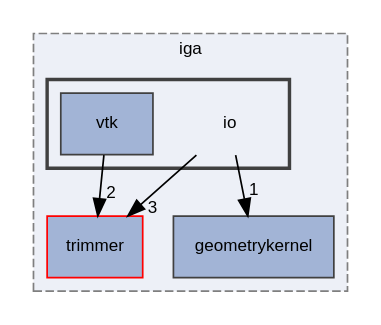
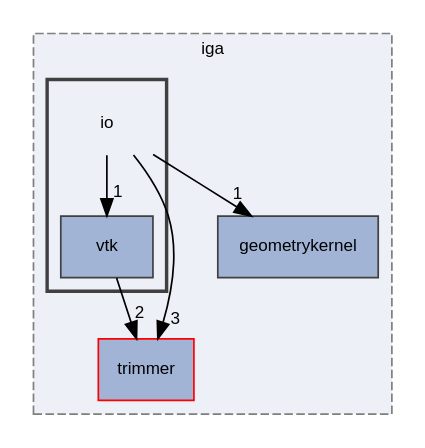
One commit to rath3t/dune-iga-doc changed the diagram in dir_c3ccff8517fbe337b2b8ad503c3a1590_dep.dot. Above: the diagram before and after it, drawn with Graphviz. The commit also changed 1638 other files, not shown here.

```diff
--- a/dir_c3ccff8517fbe337b2b8ad503c3a1590_dep.dot
+++ b/dir_c3ccff8517fbe337b2b8ad503c3a1590_dep.dot
@@ -1,20 +1,21 @@
 digraph "io"
 {
  // LATEX_PDF_SIZE
   edge [fontname="Helvetica",fontsize="10",labelfontname="Helvetica",labelfontsize="10"];
   node [fontname="Helvetica",fontsize="10",shape=record];
   compound=true
   subgraph clusterdir_d2a3c23294a1b1015b1b8e8721ddded8 {
     graph [ bgcolor="#edf0f7", pencolor="grey50", style="filled,dashed,", label="iga", fontname="Helvetica", fontsize="10", URL="dir_d2a3c23294a1b1015b1b8e8721ddded8.html"]
   dir_7d0c370ab440c4b4f78419bfc8c93eb8 [shape=box, label="trimmer", style="filled,", fillcolor="#a2b4d6", color="red", URL="dir_7d0c370ab440c4b4f78419bfc8c93eb8.html"];
   dir_98571e7345f7327fea7723ec1a12d870 [shape=box, label="geometrykernel", style="filled,", fillcolor="#a2b4d6", color="grey25", URL="dir_98571e7345f7327fea7723ec1a12d870.html"];
   subgraph clusterdir_c3ccff8517fbe337b2b8ad503c3a1590 {
     graph [ bgcolor="#edf0f7", pencolor="grey25", style="filled,bold,", label="", fontname="Helvetica", fontsize="10", URL="dir_c3ccff8517fbe337b2b8ad503c3a1590.html"]
     dir_c3ccff8517fbe337b2b8ad503c3a1590 [shape=plaintext, label="io"];
   dir_0185853483cd959150fdf3c8210a5831 [shape=box, label="vtk", style="filled,", fillcolor="#a2b4d6", color="grey25", URL="dir_0185853483cd959150fdf3c8210a5831.html"];
   }
   }
+  dir_c3ccff8517fbe337b2b8ad503c3a1590->dir_0185853483cd959150fdf3c8210a5831 [headlabel="1", labeldistance=1.5 headhref="dir_000013_000020.html"];
   dir_c3ccff8517fbe337b2b8ad503c3a1590->dir_7d0c370ab440c4b4f78419bfc8c93eb8 [headlabel="3", labeldistance=1.5 headhref="dir_000013_000017.html"];
   dir_c3ccff8517fbe337b2b8ad503c3a1590->dir_98571e7345f7327fea7723ec1a12d870 [headlabel="1", labeldistance=1.5 headhref="dir_000013_000006.html"];
   dir_0185853483cd959150fdf3c8210a5831->dir_7d0c370ab440c4b4f78419bfc8c93eb8 [headlabel="2", labeldistance=1.5 headhref="dir_000020_000017.html"];
 }
```
